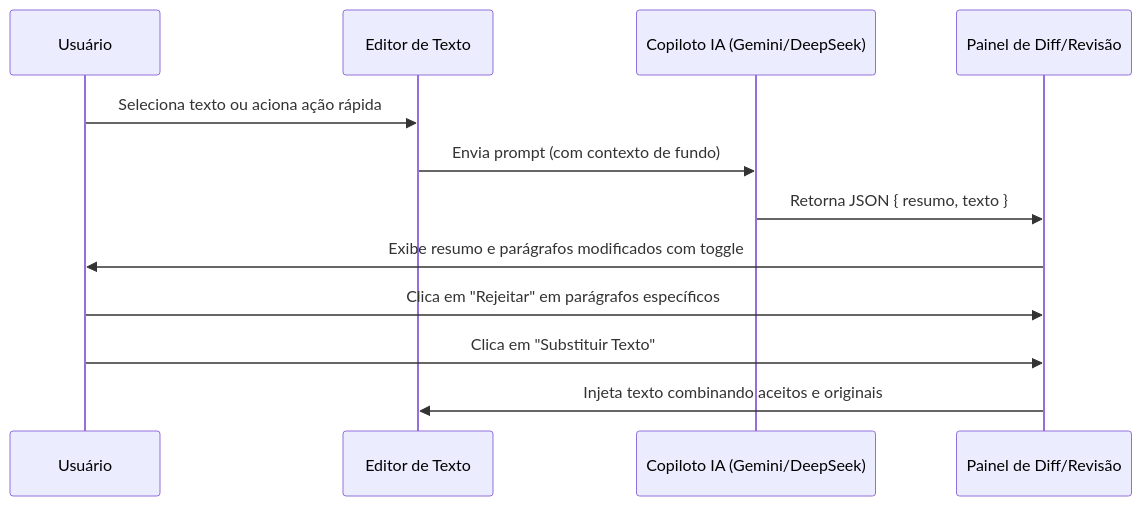
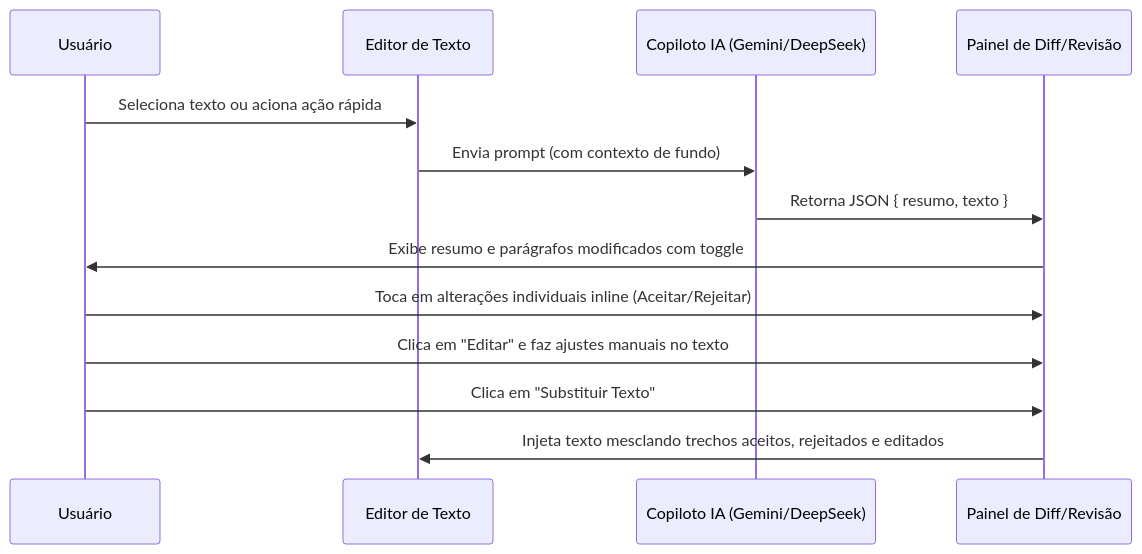
One commit to fernangcortes/teleprompterIA changed the diagram in AI_FEATURES.md. Above: the diagram before and after it, drawn with Mermaid. The commit also changed other lines of this file, not shown here.

Commit message:
docs: update AI_FEATURES.md with inline toggles and manual edits

````diff
--- a/AI_FEATURES.md
+++ b/AI_FEATURES.md
@@ -46,15 +46,16 @@
 ```mermaid
 sequenceDiagram
     participant U as Usuário
     participant E as Editor de Texto
     participant IA as Copiloto IA (Gemini/DeepSeek)
     participant P as Painel de Diff/Revisão
 
     U->>E: Seleciona texto ou aciona ação rápida
     E->>IA: Envia prompt (com contexto de fundo)
     IA->>P: Retorna JSON { resumo, texto }
     P->>U: Exibe resumo e parágrafos modificados com toggle
-    U->>P: Clica em "Rejeitar" em parágrafos específicos
+    U->>P: Toca em alterações individuais inline (Aceitar/Rejeitar)
+    U->>P: Clica em "Editar" e faz ajustes manuais no texto
     U->>P: Clica em "Substituir Texto"
-    P->>E: Injeta texto combinando aceitos e originais
+    P->>E: Injeta texto mesclando trechos aceitos, rejeitados e editados
 ```
````
